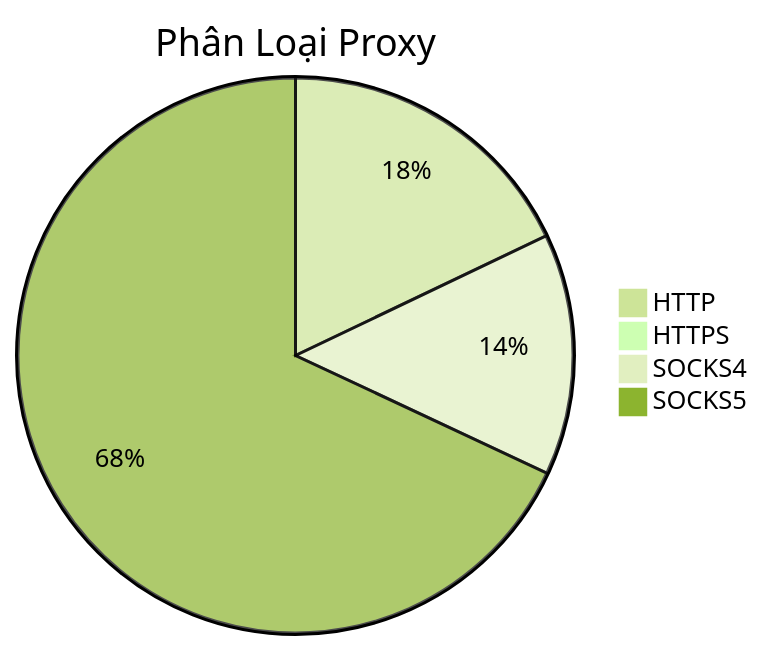
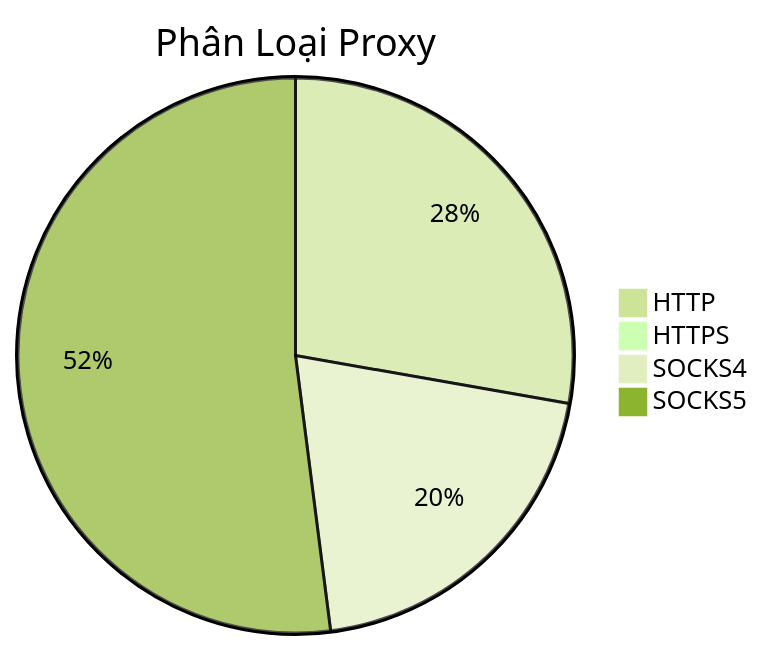
Before and after one commit to Ciara-Aa/PROXY-free: the diagram in README.md, drawn with Mermaid (forest theme). The commit also changed other lines of this file and 4 other files, not shown here.

````diff
--- a/README.md
+++ b/README.md
@@ -26,7 +26,7 @@
 ```mermaid
 pie title Phân Loại Proxy
-    "HTTP" : 293
-    "HTTPS" : 3
-    "SOCKS4" : 230
-    "SOCKS5" : 1113
+    "HTTP" : 426
+    "HTTPS" : 1
+    "SOCKS4" : 310
+    "SOCKS5" : 798
 ```
````
